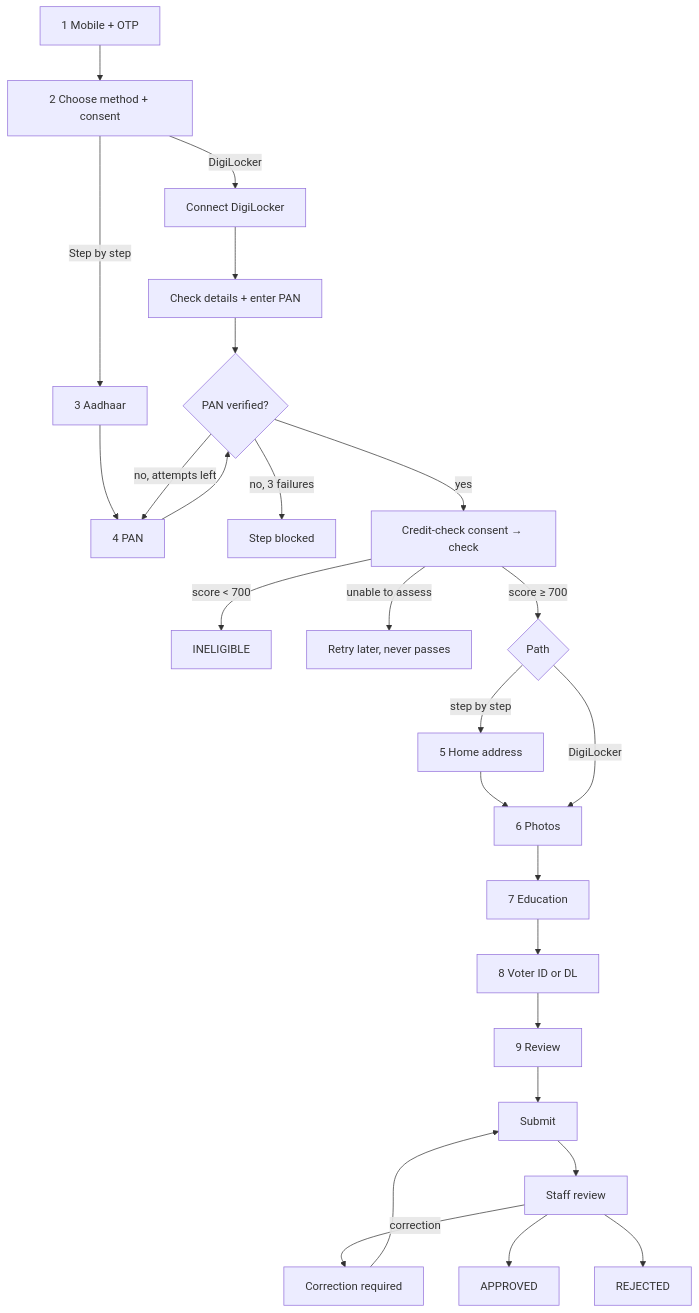
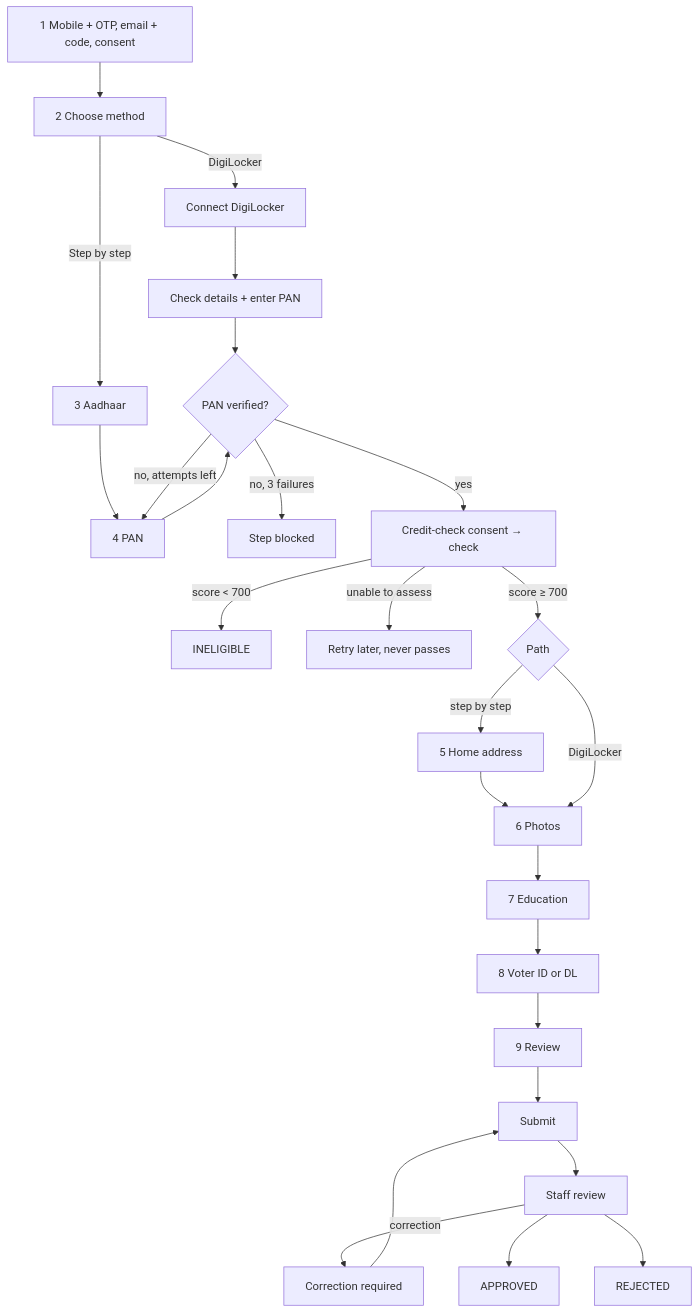
Before and after one commit to sourya-07/ELOKAA: the diagram in docs/PARTNER_JOURNEY.md, drawn with Mermaid. The commit also changed other lines of this file and 49 other files, not shown here.

````diff
--- a/docs/PARTNER_JOURNEY.md
+++ b/docs/PARTNER_JOURNEY.md
@@ -22,21 +22,21 @@
 ```mermaid
 flowchart TD
-  A[1 Mobile + OTP] --> B[2 Choose method + consent]
+  A[1 Mobile + OTP, email + code, consent] --> B[2 Choose method]
   B -->|DigiLocker| D1[Connect DigiLocker] --> D2[Check details + enter PAN]
   B -->|Step by step| M1[3 Aadhaar] --> M2[4 PAN]
   D2 --> PV{PAN verified?}
   M2 --> PV
   PV -->|no, attempts left| M2
   PV -->|no, 3 failures| BL[Step blocked]
   PV -->|yes| CC[Credit-check consent → check]
   CC -->|score < 700| IN[INELIGIBLE]
   CC -->|unable to assess| RT[Retry later, never passes]
   CC -->|score ≥ 700| H{Path}
   H -->|step by step| M3[5 Home address] --> P6
   H -->|DigiLocker| P6[6 Photos]
   P6 --> P7[7 Education] --> P8[8 Voter ID or DL] --> RV[9 Review] --> SUB[Submit]
   SUB --> Q[Staff review]
   Q -->|correction| CORR[Correction required] --> SUB
   Q --> AP[APPROVED]
   Q --> RJ[REJECTED]
 ```
````
